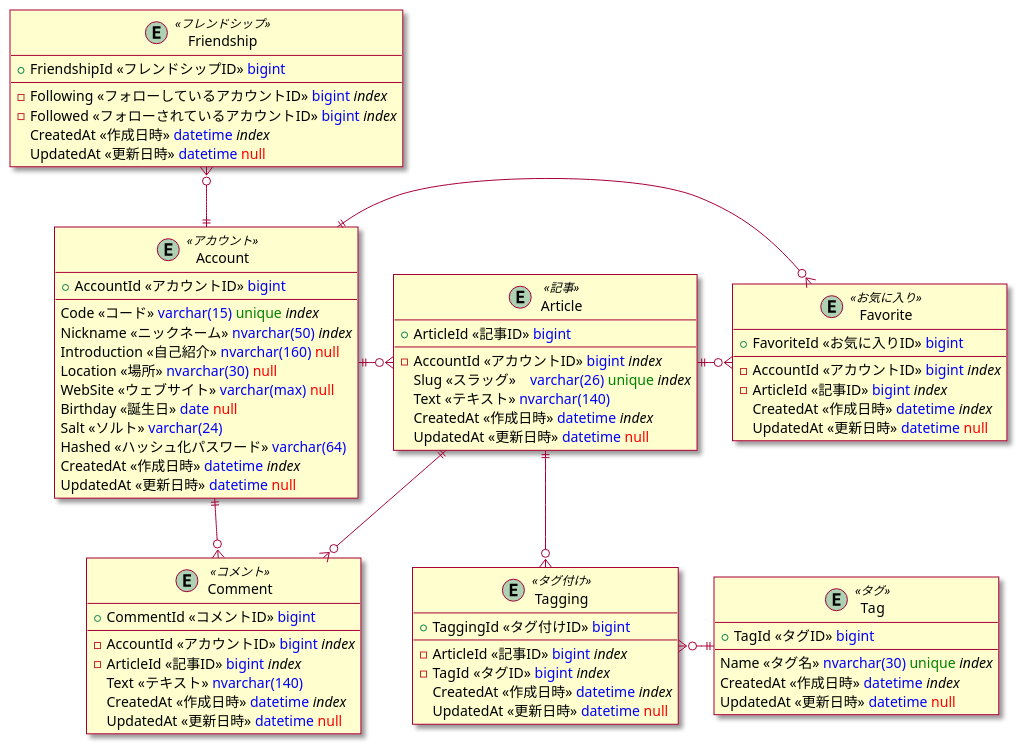
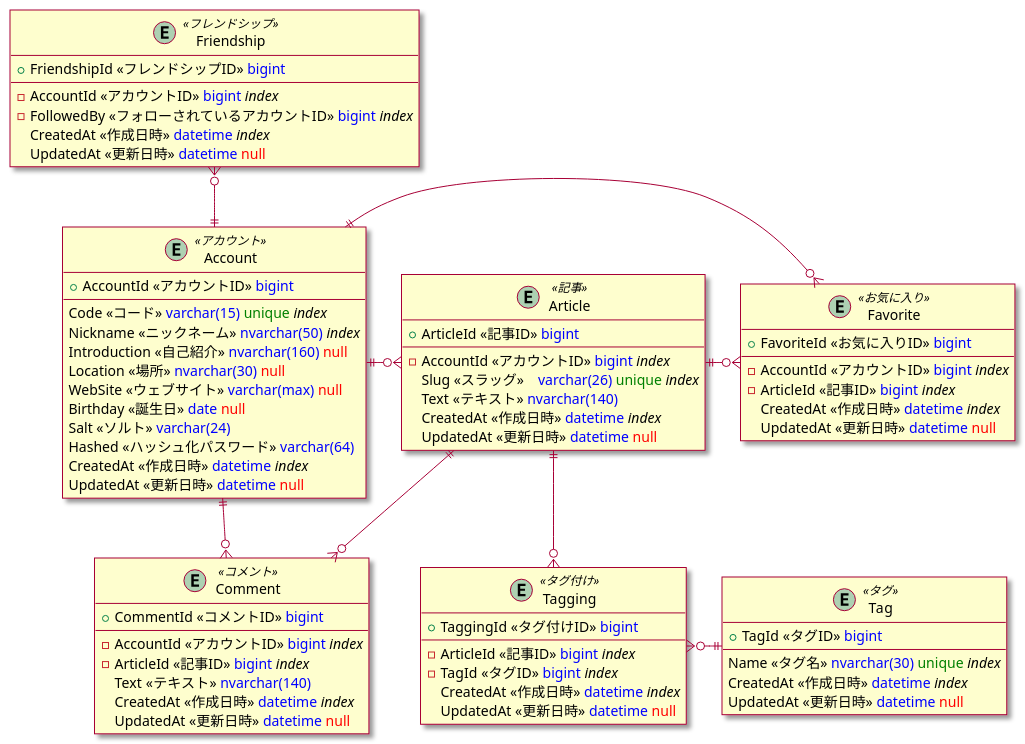
One commit to sano-suguru/SnsSample changed the diagram in doc/er.pu. Above: the diagram before and after it, drawn with PlantUML. The commit also changed 2 other files, not shown here.

```diff
--- a/doc/er.pu
+++ b/doc/er.pu
@@ -1,82 +1,82 @@
 @startuml
 skin rose
 
 entity Account <<アカウント>> {
   +AccountId <<アカウントID>> <color:blue>bigint</color>
   --
   Code <<コード>> <color:blue>varchar(15)</color> <color:green>unique</color> //index//
   Nickname <<ニックネーム>> <color:blue>nvarchar(50)</color> //index//
   Introduction <<自己紹介>> <color:blue>nvarchar(160)</color> <color:red>null</color>
   Location <<場所>> <color:blue>nvarchar(30)</color> <color:red>null</color>
   WebSite <<ウェブサイト>> <color:blue>varchar(max)</color> <color:red>null</color>
   Birthday <<誕生日>> <color:blue>date</color> <color:red>null</color>
   Salt <<ソルト>> <color:blue>varchar(24)</color>
   Hashed <<ハッシュ化パスワード>> <color:blue>varchar(64)</color>
   CreatedAt <<作成日時>> <color:blue>datetime</color> //index//
   UpdatedAt <<更新日時>> <color:blue>datetime</color> <color:red>null</color>
 }
 
 entity Friendship <<フレンドシップ>> {
   +FriendshipId <<フレンドシップID>> <color:blue>bigint</color>
   --
-  -Following <<フォローしているアカウントID>> <color:blue>bigint</color> //index//
-  -Followed <<フォローされているアカウントID>> <color:blue>bigint</color> //index//
+  -AccountId <<アカウントID>> <color:blue>bigint</color> //index//
+  -FollowedBy <<フォローされているアカウントID>> <color:blue>bigint</color> //index//
   CreatedAt <<作成日時>> <color:blue>datetime</color> //index//
   UpdatedAt <<更新日時>> <color:blue>datetime</color> <color:red>null</color>
 }
 
 entity Article <<記事>>{
   +ArticleId <<記事ID>> <color:blue>bigint</color>
   --
   -AccountId <<アカウントID>> <color:blue>bigint</color> //index//
   Slug <<スラッグ>>　<color:blue>varchar(26)</color> <color:green>unique</color> //index//
   Text <<テキスト>> <color:blue>nvarchar(140)</color>
   CreatedAt <<作成日時>> <color:blue>datetime</color> //index//
   UpdatedAt <<更新日時>> <color:blue>datetime</color> <color:red>null</color>
 }
 
 entity Comment <<コメント>> {
   +CommentId <<コメントID>> <color:blue>bigint</color>
   --
   -AccountId <<アカウントID>> <color:blue>bigint</color> //index//
   -ArticleId <<記事ID>> <color:blue>bigint</color> //index//
   Text <<テキスト>> <color:blue>nvarchar(140)</color>
   CreatedAt <<作成日時>> <color:blue>datetime</color> //index//
   UpdatedAt <<更新日時>> <color:blue>datetime</color> <color:red>null</color>
 }
 
 entity Favorite <<お気に入り>> {
   +FavoriteId <<お気に入りID>> <color:blue>bigint</color>
   --
   -AccountId <<アカウントID>> <color:blue>bigint</color> //index//
   -ArticleId <<記事ID>> <color:blue>bigint</color> //index//
   CreatedAt <<作成日時>> <color:blue>datetime</color> //index//
   UpdatedAt <<更新日時>> <color:blue>datetime</color> <color:red>null</color>
 }
 
 entity Tag <<タグ>> {
   +TagId <<タグID>> <color:blue>bigint</color>
   --
   Name <<タグ名>> <color:blue>nvarchar(30)</color> <color:green>unique</color> //index//
   CreatedAt <<作成日時>> <color:blue>datetime</color> //index//
   UpdatedAt <<更新日時>> <color:blue>datetime</color> <color:red>null</color>
 }
 
 entity Tagging <<タグ付け>> {
   +TaggingId <<タグ付けID>> <color:blue>bigint</color>
   --
   -ArticleId <<記事ID>> <color:blue>bigint</color> //index//
   -TagId <<タグID>> <color:blue>bigint</color> //index//
   CreatedAt <<作成日時>> <color:blue>datetime</color> //index//
   UpdatedAt <<更新日時>> <color:blue>datetime</color> <color:red>null</color>
 }
 
 Friendship }o--|| Account
 Account ||-o{ Article
 Article ||-o{ Comment
 Account ||--o{ Comment
 Account ||-o{ Favorite
 Article ||-o{ Favorite
 Article ||--o{ Tagging
 Tagging }o-|| Tag
 @enduml
```
